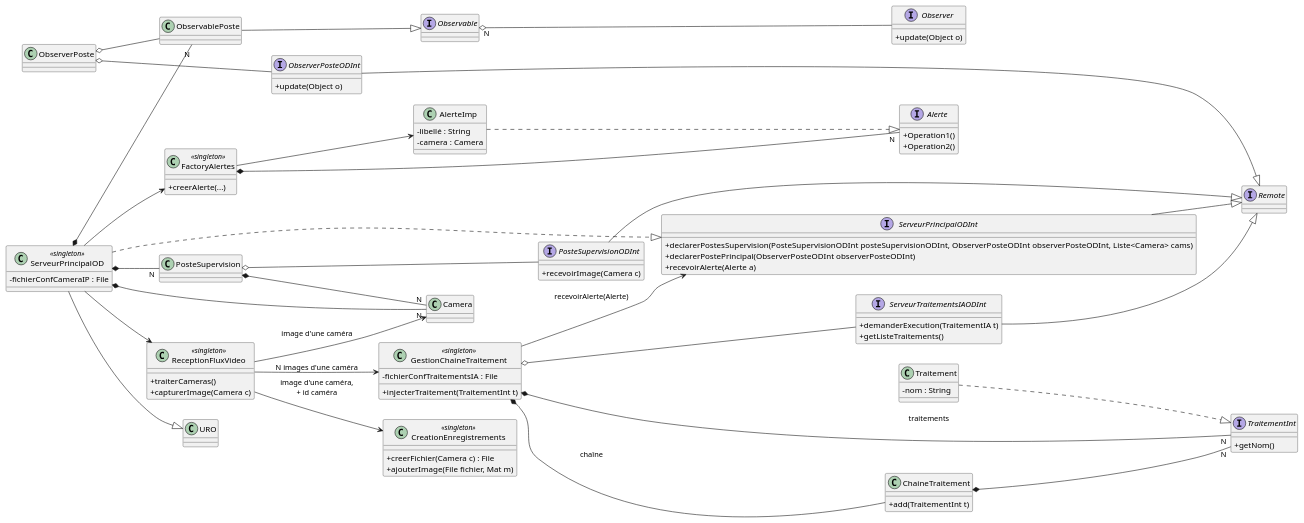
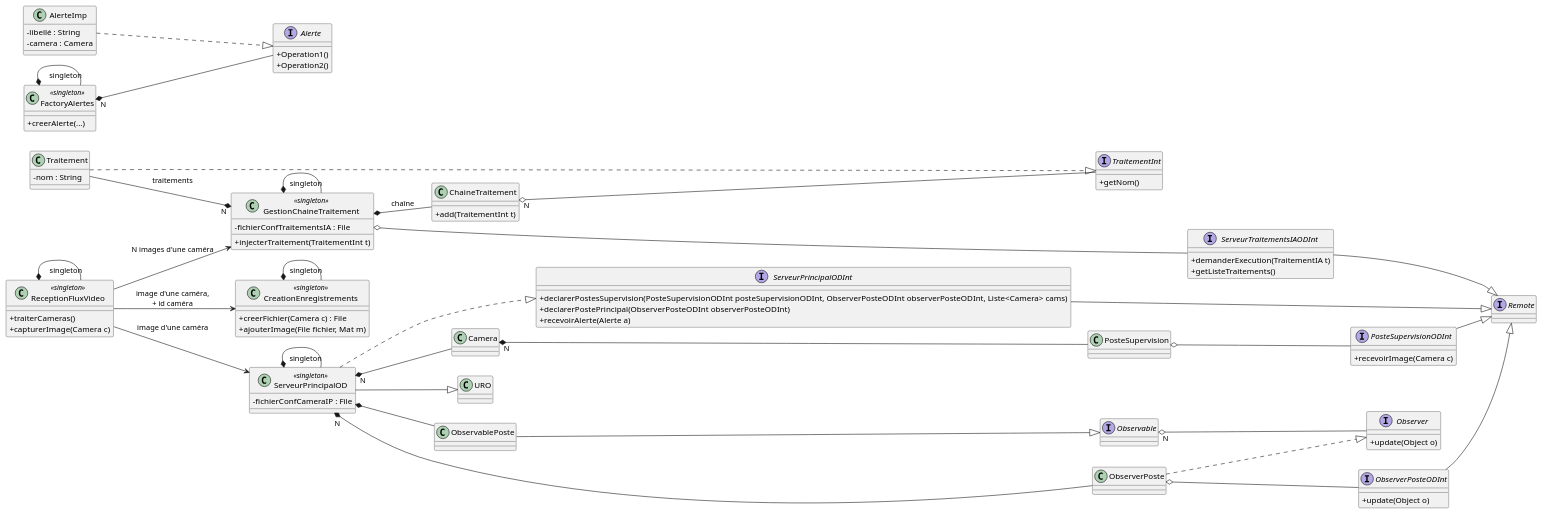
The diagram in 2024-2025/3.2.puml (enzofrnt/Annale-NSY102), drawn with PlantUML before and after one commit.

```diff
--- a/2024-2025/3.2.puml
+++ b/2024-2025/3.2.puml
@@ -1,157 +1,156 @@
 @startuml
 left to right direction
 skinparam classAttributeIconSize 0
 
 ' =========================
 ' Base Observer / Observable
 ' =========================
 interface Observer {
   +update(Object o)
 }
 
 interface Observable
 
 Observable "N" o-- Observer
 
 class ObservablePoste
 ObservablePoste --|> Observable
 
 class ObserverPoste
-ObserverPoste o-- ObservablePoste
 
 ' =========================
 ' Remote marker
 ' =========================
 interface Remote
 
 interface ObserverPosteODInt {
   +update(Object o)
 }
 ObserverPosteODInt --|> Remote
 
 ' (proxy/bridge côté poste)
 ObserverPoste o-- ObserverPosteODInt
 
 ' =========================
 ' URO + Serveur principal (OD)
 ' =========================
 class URO
 
 interface ServeurPrincipalODInt {
   +declarerPostesSupervision(PosteSupervisionODInt posteSupervisionODInt, ObserverPosteODInt observerPosteODInt, Liste<Camera> cams)
   +declarerPostePrincipal(ObserverPosteODInt observerPosteODInt)
   +recevoirAlerte(Alerte a)
 }
 ServeurPrincipalODInt --|> Remote
 
 class ServeurPrincipalOD <<singleton>> {
   -fichierConfCameraIP : File
 }
+ServeurPrincipalOD *-- "singleton" ServeurPrincipalOD
 
 ServeurPrincipalOD --|> URO
 ServeurPrincipalOD ..|> ServeurPrincipalODInt
 
 ' ServeurPrincipalOD gère N observables postes
-ServeurPrincipalOD *-- "N" ObservablePoste
+ServeurPrincipalOD *-- ObservablePoste
+ServeurPrincipalOD "N" *-- ObserverPoste
+ObserverPoste ..|> Observer
 
 ' =========================
 ' Caméras / postes
 ' =========================
 class Camera
 class PosteSupervision
 
 interface PosteSupervisionODInt {
   +recevoirImage(Camera c)
 }
 PosteSupervisionODInt --|> Remote
 
 PosteSupervision o-- PosteSupervisionODInt
 
 ' PosteSupervision contient/associe des caméras
-PosteSupervision *-- "N" Camera
+Camera "N" *--  PosteSupervision 
 
 ' ServeurPrincipalOD référence des caméras / postes (comme sur le schéma)
-ServeurPrincipalOD *-- "N" Camera
-ServeurPrincipalOD *-- "N" PosteSupervision
+ServeurPrincipalOD "N" *-- Camera
 
 ' =========================
 ' Réception flux vidéo (singleton)
 ' =========================
 class ReceptionFluxVideo <<singleton>> {
   +traiterCameras()
   +capturerImage(Camera c)
 }
 
-ServeurPrincipalOD --> ReceptionFluxVideo
-ReceptionFluxVideo --> Camera : image d'une caméra
+ReceptionFluxVideo --> ServeurPrincipalOD : image d'une caméra
+ReceptionFluxVideo *-- "singleton" ReceptionFluxVideo
 
 ' =========================
 ' Création enregistrements (singleton)
 ' =========================
 class CreationEnregistrements <<singleton>> {
   +creerFichier(Camera c) : File
   +ajouterImage(File fichier, Mat m)
 }
 
 ReceptionFluxVideo --> CreationEnregistrements : image d'une caméra,\n+ id caméra
+CreationEnregistrements *-- "singleton" CreationEnregistrements
 
 ' =========================
 ' Chaîne de traitement (singleton)
 ' =========================
 interface ServeurTraitementsIAODInt {
   +demanderExecution(TraitementIA t)
   +getListeTraitements()
 }
 ServeurTraitementsIAODInt --|> Remote
 
 class GestionChaineTraitement <<singleton>> {
   -fichierConfTraitementsIA : File
   +injecterTraitement(TraitementInt t)
 }
 
 ReceptionFluxVideo --> GestionChaineTraitement : N images d'une caméra
+GestionChaineTraitement *-- "singleton" GestionChaineTraitement
 
 GestionChaineTraitement o-- ServeurTraitementsIAODInt
-GestionChaineTraitement *-- "N" TraitementInt : traitements
 
 class ChaineTraitement {
   +add(TraitementInt t)
 }
 GestionChaineTraitement *-- ChaineTraitement : chaîne
-ChaineTraitement *-- "N" TraitementInt
+ChaineTraitement "N" o--  TraitementInt
 
 interface TraitementInt {
   +getNom()
 }
 
 class Traitement {
   -nom : String
 }
-Traitement ..|> TraitementInt
+ Traitement  ..|> TraitementInt
+ Traitement --* "N"  GestionChaineTraitement : traitements
 
 ' =========================
 ' Alertes (factory + impl)
 ' =========================
 interface Alerte {
   +Operation1()
   +Operation2()
 }
 
 class AlerteImp {
   -libellé : String
   -camera : Camera
 }
 AlerteImp ..|> Alerte
 
 class FactoryAlertes <<singleton>> {
   +creerAlerte(...)
 }
 
-FactoryAlertes *-- "N" Alerte
-FactoryAlertes --> AlerteImp
-
-' Lien alertes vers serveur principal
-ServeurPrincipalOD --> FactoryAlertes
-GestionChaineTraitement --> ServeurPrincipalODInt : recevoirAlerte(Alerte)
+FactoryAlertes *-- "singleton" FactoryAlertes
+FactoryAlertes "N" *-- Alerte
 
 @enduml
```
